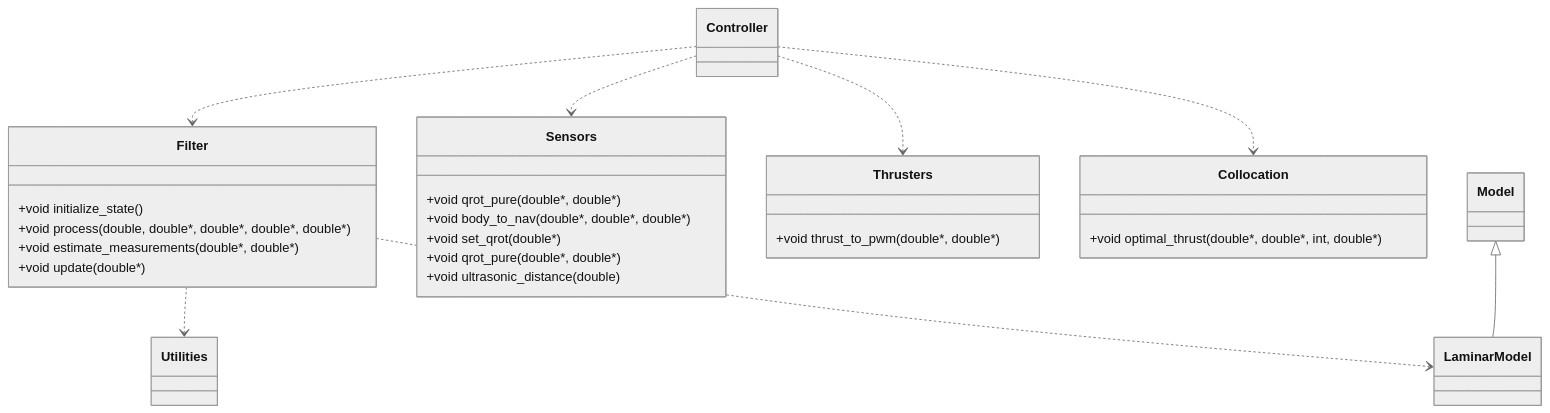
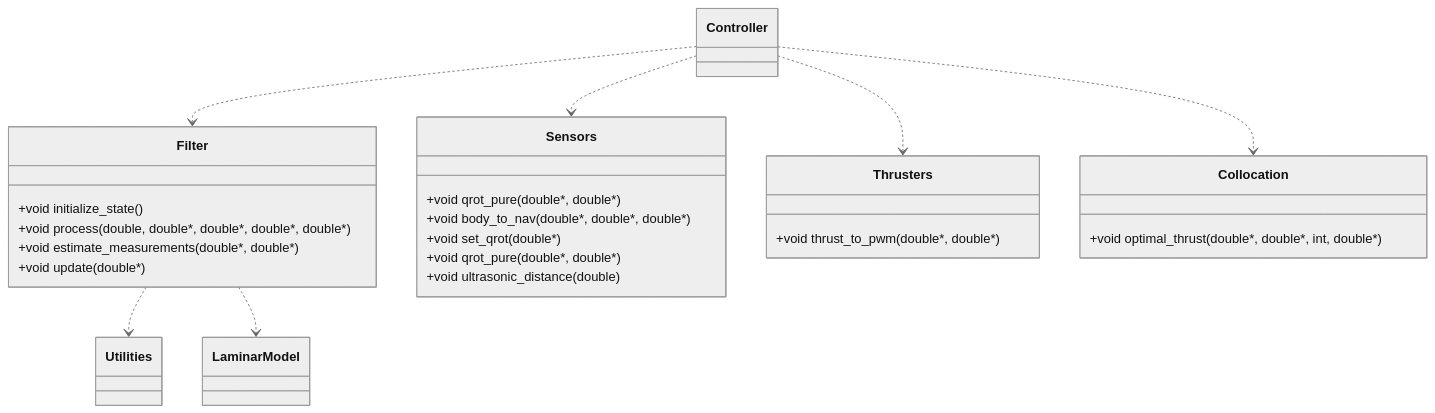
One commit to teichen/stormfin changed the diagram in README.md. Above: the diagram before and after it, drawn with Mermaid (neutral theme). The commit also changed 8 other files, not shown here.

````diff
--- a/README.md
+++ b/README.md
@@ -22,21 +22,20 @@
 ```mermaid
 classDiagram
     Controller ..> Filter
     Controller ..> Sensors
     Controller ..> Thrusters
     Controller ..> Collocation
     Filter ..> Utilities
     Filter ..> LaminarModel
-    Model <|-- LaminarModel
     Filter : +void initialize_state()
     Filter : +void process(double, double*, double*, double*, double*)
     Filter : +void estimate_measurements(double*, double*)
     Filter : +void update(double*)
     Sensors : +void qrot_pure(double*, double*)
     Sensors : +void body_to_nav(double*, double*, double*)
     Sensors : +void set_qrot(double*)
     Sensors : +void qrot_pure(double*, double*)
     Sensors : +void ultrasonic_distance(double)
     Thrusters : +void thrust_to_pwm(double*, double*)
     Collocation : +void optimal_thrust(double*, double*, int, double*)
 ```
````
